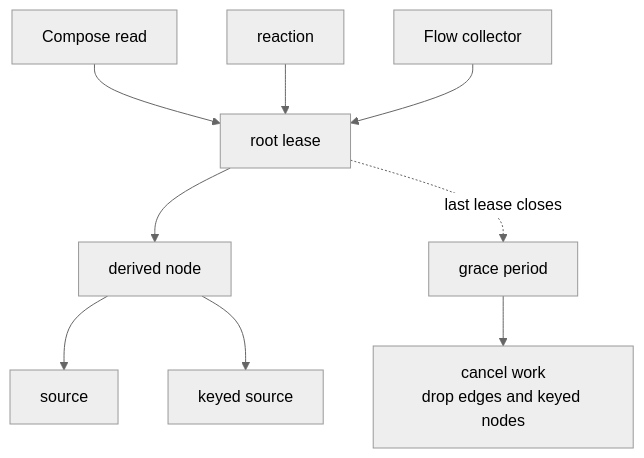
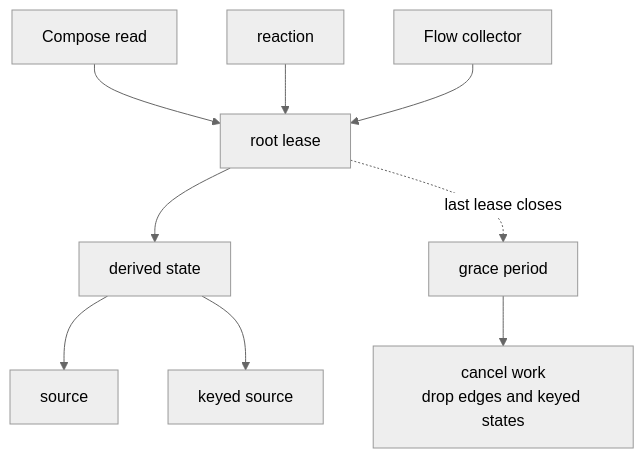
The fourth of 4 diagrams in docs/kotlin/exploration.md (skeswa/cog), drawn with Mermaid (neutral theme) before and after one commit. The commit also changed other lines of this file and 71 other files, not shown here.

````diff
--- a/docs/kotlin/exploration.md
+++ b/docs/kotlin/exploration.md
@@ -419,11 +419,11 @@
 ```mermaid
 flowchart TD
     UI["Compose read"] --> L["root lease"]
     RX["reaction"] --> L
     F["Flow collector"] --> L
-    L --> D["derived node"]
+    L --> D["derived state"]
     D --> S1["source"]
     D --> S2["keyed source"]
     L -. last lease closes .-> G["grace period"]
-    G --> X["cancel work<br/>drop edges and keyed nodes"]
+    G --> X["cancel work<br/>drop edges and keyed states"]
 ```
````
